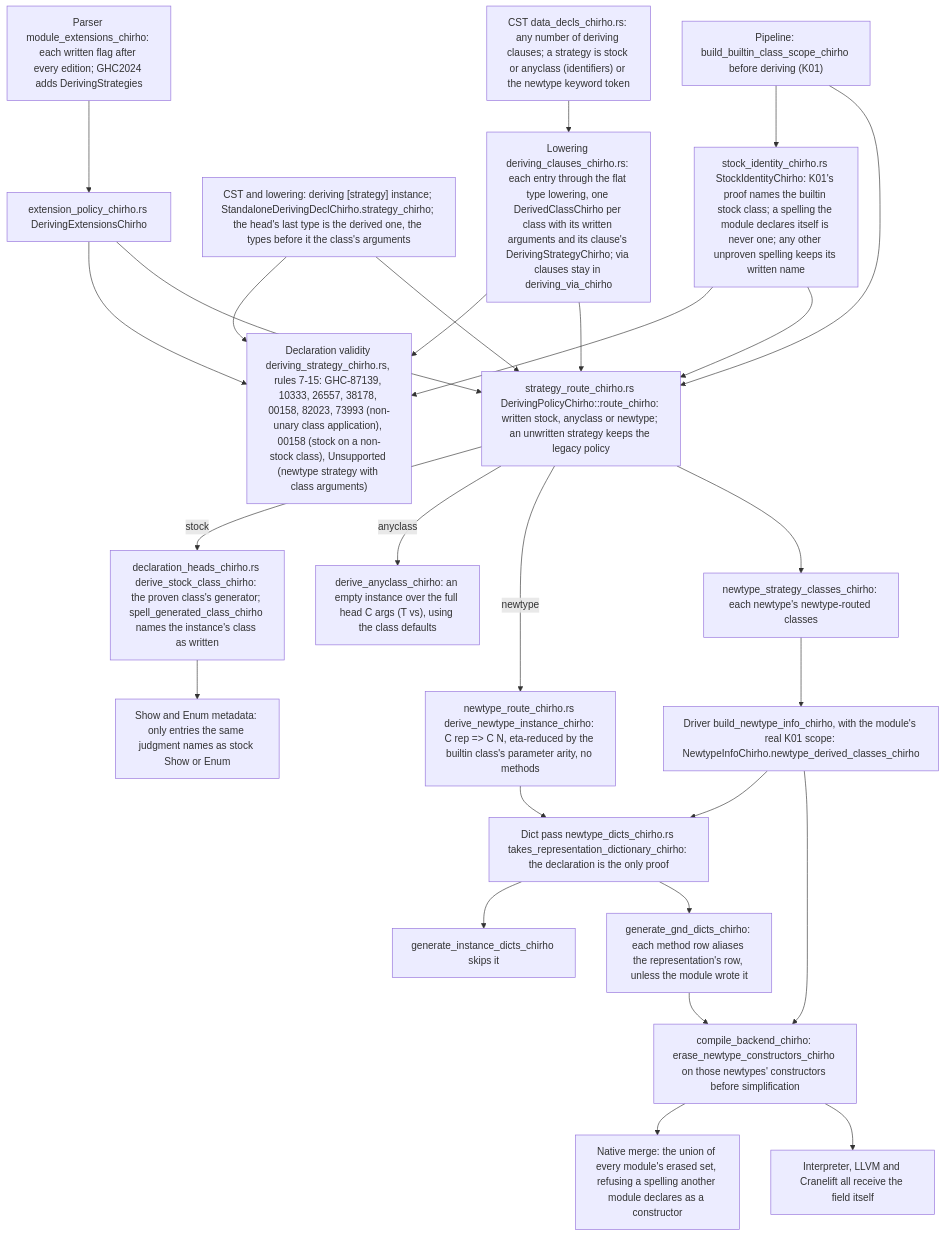
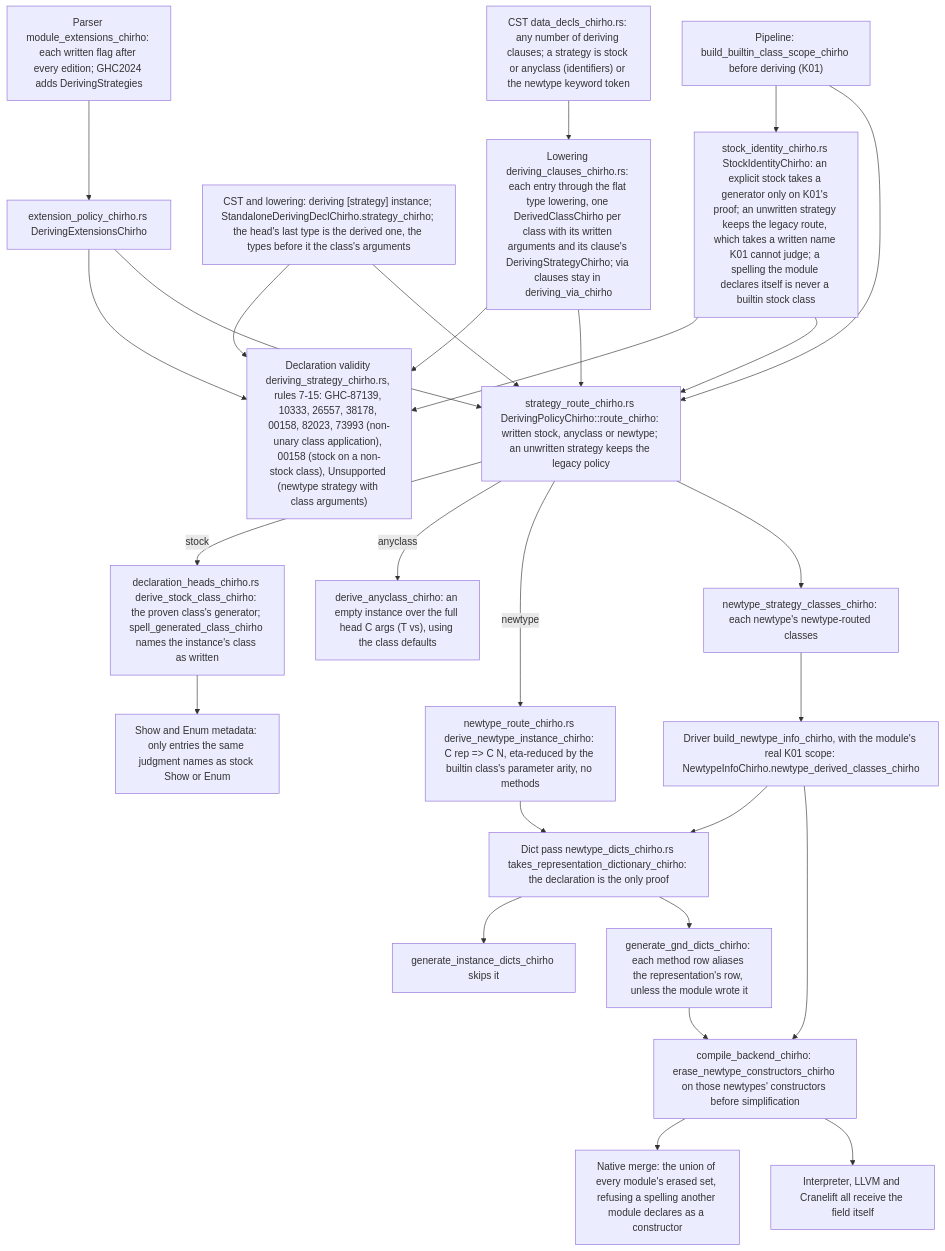
Before and after one commit to loveJesus/haskelujah-chirho: the diagram in spec-chirho/workflows-chirho/language-features-chirho/deriving-strategies-chirho.md, drawn with Mermaid. The commit also changed other lines of this file and 7 other files, not shown here.

````diff
--- a/spec-chirho/workflows-chirho/language-features-chirho/deriving-strategies-chirho.md
+++ b/spec-chirho/workflows-chirho/language-features-chirho/deriving-strategies-chirho.md
@@ -12,31 +12,31 @@
 ```mermaid
 flowchart TD
     cst_chirho["CST data_decls_chirho.rs: any number of deriving clauses; a strategy is stock or anyclass (identifiers) or the newtype keyword token"]
     cst_chirho --> lower_chirho["Lowering deriving_clauses_chirho.rs: each entry through the flat type lowering, one DerivedClassChirho per class with its written arguments and its clause's DerivingStrategyChirho; via clauses stay in deriving_via_chirho"]
     standalone_chirho["CST and lowering: deriving [strategy] instance; StandaloneDerivingDeclChirho.strategy_chirho; the head's last type is the derived one, the types before it the class's arguments"]
     pragmas_chirho["Parser module_extensions_chirho: each written flag after every edition; GHC2024 adds DerivingStrategies"] --> policy_chirho["extension_policy_chirho.rs DerivingExtensionsChirho"]
     policy_chirho --> validity_chirho
     policy_chirho --> route_chirho
-    scope_chirho --> identity_chirho["stock_identity_chirho.rs StockIdentityChirho: K01's proof names the builtin stock class; a spelling the module declares itself is never one; any other unproven spelling keeps its written name"]
+    scope_chirho --> identity_chirho["stock_identity_chirho.rs StockIdentityChirho: an explicit stock takes a generator only on K01's proof; an unwritten strategy keeps the legacy route, which takes a written name K01 cannot judge; a spelling the module declares itself is never a builtin stock class"]
     identity_chirho --> validity_chirho
     identity_chirho --> route_chirho
     lower_chirho --> validity_chirho["Declaration validity deriving_strategy_chirho.rs, rules 7-15: GHC-87139, 10333, 26557, 38178, 00158, 82023, 73993 (non-unary class application), 00158 (stock on a non-stock class), Unsupported (newtype strategy with class arguments)"]
     standalone_chirho --> validity_chirho
     lower_chirho --> route_chirho["strategy_route_chirho.rs DerivingPolicyChirho::route_chirho: written stock, anyclass or newtype; an unwritten strategy keeps the legacy policy"]
     standalone_chirho --> route_chirho
     scope_chirho["Pipeline: build_builtin_class_scope_chirho before deriving (K01)"] --> route_chirho
     route_chirho -->|stock| stock_chirho["declaration_heads_chirho.rs derive_stock_class_chirho: the proven class's generator; spell_generated_class_chirho names the instance's class as written"]
     route_chirho -->|anyclass| empty_chirho["derive_anyclass_chirho: an empty instance over the full head C args (T vs), using the class defaults"]
     route_chirho -->|newtype| gnd_chirho["newtype_route_chirho.rs derive_newtype_instance_chirho: C rep => C N, eta-reduced by the builtin class's parameter arity, no methods"]
     route_chirho --> inventory_chirho["newtype_strategy_classes_chirho: each newtype's newtype-routed classes"]
     stock_chirho --> metadata_chirho["Show and Enum metadata: only entries the same judgment names as stock Show or Enum"]
     inventory_chirho --> info_chirho["Driver build_newtype_info_chirho, with the module's real K01 scope: NewtypeInfoChirho.newtype_derived_classes_chirho"]
     info_chirho --> eligible_chirho["Dict pass newtype_dicts_chirho.rs takes_representation_dictionary_chirho: the declaration is the only proof"]
     gnd_chirho --> eligible_chirho
     eligible_chirho --> ground_skip_chirho["generate_instance_dicts_chirho skips it"]
     eligible_chirho --> alias_chirho["generate_gnd_dicts_chirho: each method row aliases the representation's row, unless the module wrote it"]
     info_chirho --> erase_chirho["compile_backend_chirho: erase_newtype_constructors_chirho on those newtypes' constructors before simplification"]
     erase_chirho --> merge_chirho["Native merge: the union of every module's erased set, refusing a spelling another module declares as a constructor"]
     alias_chirho --> erase_chirho
     erase_chirho --> backends_chirho["Interpreter, LLVM and Cranelift all receive the field itself"]
 ```
````
